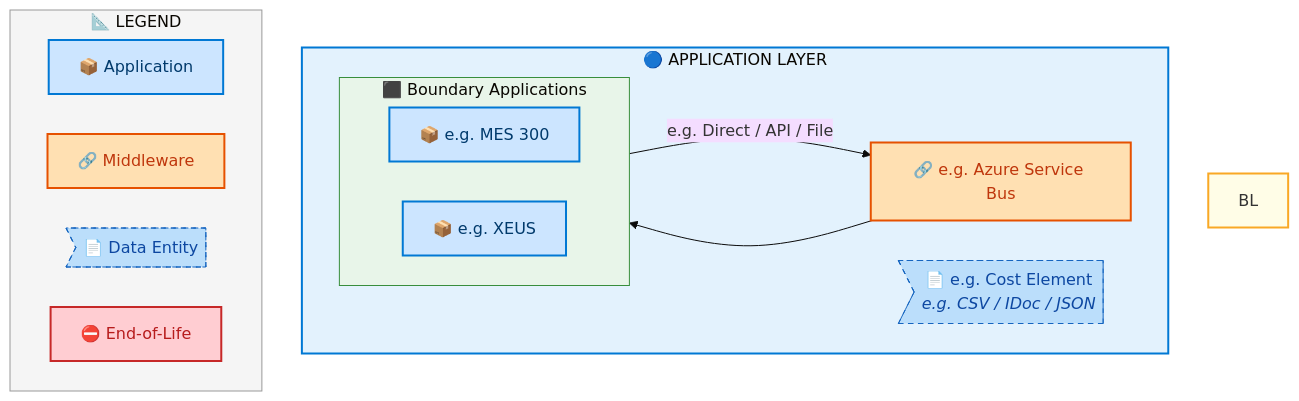
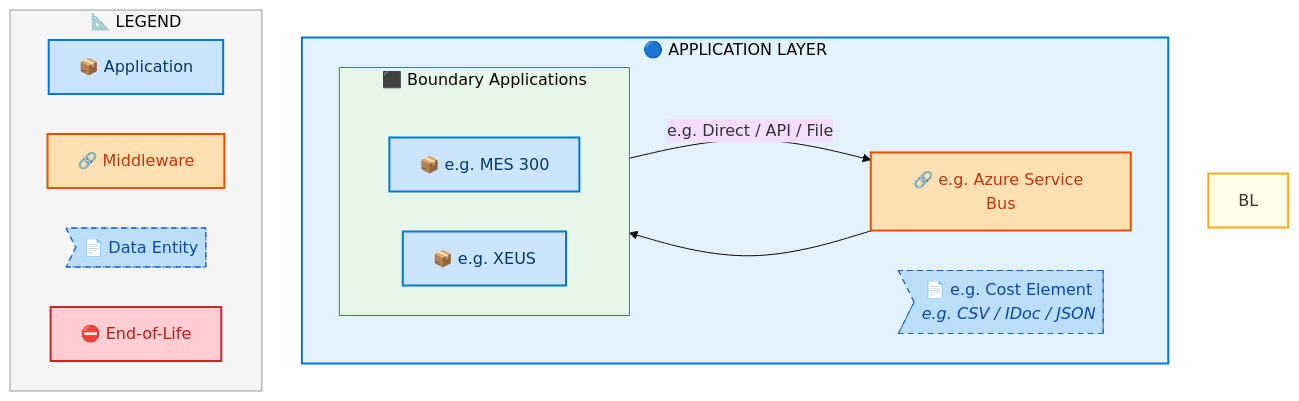
The fourth of 7 diagrams in towers/E2E/Master Data/E2E-92/output/docs/systems-architecture/E2E-92-Architecture.md (sajivfrancis777/IAO-Architecture), drawn with Mermaid before and after one commit. The commit also changed other lines of this file and 250 other files, not shown here.

First line of the commit message:
perf+fix: lazy Mermaid rendering + rank-enforced layer ordering

````diff
--- a/towers/E2E/Master Data/E2E-92/output/docs/systems-architecture/E2E-92-Architecture.md
+++ b/towers/E2E/Master Data/E2E-92/output/docs/systems-architecture/E2E-92-Architecture.md
@@ -486,42 +486,44 @@
 ```mermaid
 %%{init: {"theme": "base", "securityLevel": "loose", "themeVariables": {"fontSize": "16px", "fontFamily": "Segoe UI, Arial, sans-serif"}, "flowchart": {"useMaxWidth": false, "htmlLabels": true, "nodeSpacing": 40, "rankSpacing": 50}} }%%
 flowchart TB
     %% -- ArchiMate 3.2 + Azure style classes --
     classDef business      fill:#FFFFB3,stroke:#F9A825,stroke-width:2px,color:#000
     classDef app           fill:#CCE5FF,stroke:#0078D4,stroke-width:2px,color:#003A6C
     classDef data          fill:#BBDEFB,stroke:#1565C0,stroke-width:1px,color:#0D47A1,stroke-dasharray: 5 5
     classDef middleware    fill:#FFE0B2,stroke:#E65100,stroke-width:2px,color:#BF360C
     classDef eol           fill:#FFCDD2,stroke:#C62828,stroke-width:2px,color:#B71C1C
     classDef saas          fill:#E1BEE7,stroke:#7B1FA2,stroke-width:2px,color:#4A148C
     classDef cloud         fill:#BBDEFB,stroke:#1565C0,stroke-width:2px,color:#0D47A1
     classDef onprem        fill:#C8E6C9,stroke:#2E7D32,stroke-width:2px,color:#1B5E20
+    classDef rankAnchor    width:0px,height:0px,padding:0px,margin:0px,fill:none,stroke:none
 
     subgraph AL["🔵 APPLICATION LAYER"]
         direction LR
         subgraph E2E92CLN_Boundary_Applications[" ⬛ Boundary Applications"]
             direction LR
+            E2E92C_ALRANK_0[ ]:::rankAnchor
             E2E92C_e_g_MES_300["📦 e.g. MES 300"]:::app
             E2E92C_e_g_XEUS["📦 e.g. XEUS"]:::app
         end
         E2E92CMW_e_g_Azure_Service_Bus["🔗 e.g. Azure Service Bus"]:::middleware
         E2E92CDE_e_g_Cost_Element>"📄 e.g. Cost Element<br/><i>e.g. CSV / IDoc / JSON</i>"]:::data
     end
 
     E2E92C_e_g_MES_300 -->|"e.g. Direct / API / File"| E2E92CMW_e_g_Azure_Service_Bus
     E2E92CMW_e_g_Azure_Service_Bus --> E2E92C_e_g_XEUS
 
 
     style BL fill:#FFFDE7,stroke:#F9A825,stroke-width:2px
     style AL fill:#E3F2FD,stroke:#0078D4,stroke-width:2px
 
     style E2E92CLN_Boundary_Applications fill:#E8F5E9,stroke:#388E3C,stroke-width:1px
 
     subgraph Legend["📐 LEGEND"]
         direction LR
         L_APP["📦 Application"]:::app
         L_MW["🔗 Middleware"]:::middleware
         L_DE>"📄 Data Entity"]:::data
         L_EOL["⛔ End-of-Life"]:::eol
     end
     style Legend fill:#F5F5F5,stroke:#999,stroke-width:1px
 ```
````
